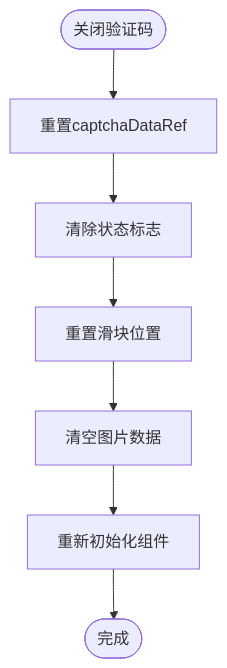
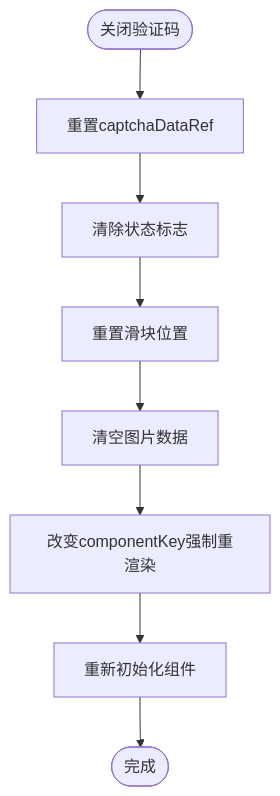
Before and after one commit to zuolinbao/redbook: the tenth of 14 diagrams in .qoder/repowiki/zh/content/UI组件库/滑动验证码组件.md, drawn with Mermaid. The commit also changed other lines of this file and 23 other files, not shown here.

````diff
--- a/.qoder/repowiki/zh/content/UI组件库/滑动验证码组件.md
+++ b/.qoder/repowiki/zh/content/UI组件库/滑动验证码组件.md
@@ -332,9 +339,10 @@
 ```mermaid
 flowchart TD
 Close([关闭验证码]) --> ResetState["重置captchaDataRef"]
 ResetState --> ClearFlags["清除状态标志"]
 ClearFlags --> ResetPositions["重置滑块位置"]
 ResetPositions --> ClearImages["清空图片数据"]
-ClearImages --> Reinitialize["重新初始化组件"]
+ClearImages --> ChangeKey["改变componentKey强制重渲染"]
+ChangeKey --> Reinitialize["重新初始化组件"]
 Reinitialize --> End([完成])
 ```
````
